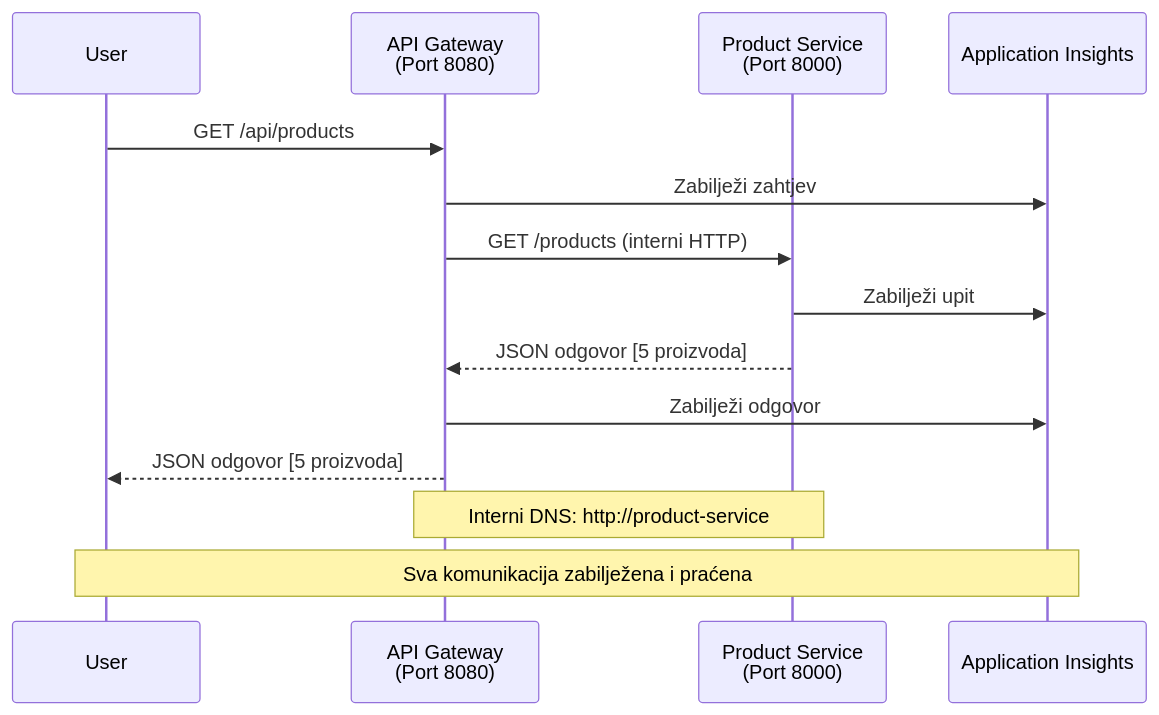
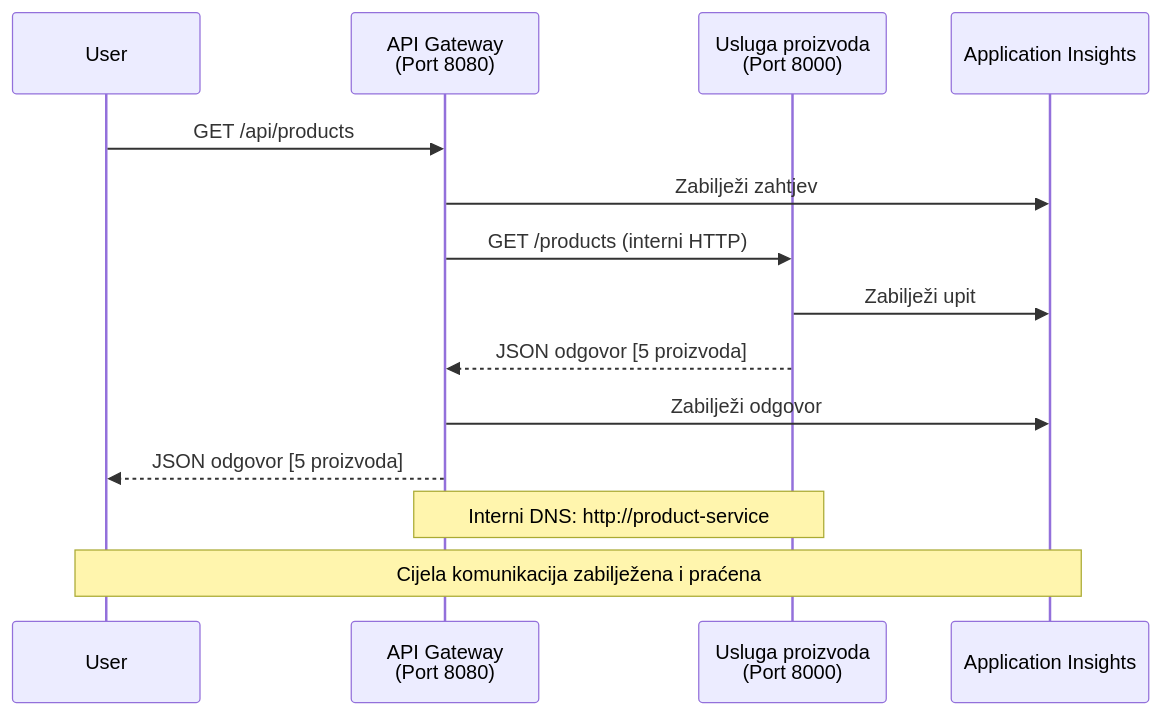
Before and after one commit to microsoft/AZD-for-beginners: the fourth of 4 diagrams in translations/hr/examples/microservices/README.md, drawn with Mermaid. The commit also changed other lines of this file and 242 other files, not shown here.

````diff
--- a/translations/hr/examples/microservices/README.md
+++ b/translations/hr/examples/microservices/README.md
@@ -432,18 +423,18 @@
 ```mermaid
 sequenceDiagram
     participant User
     participant Gateway as API Gateway<br/>(Port 8080)
-    participant Product as Product Service<br/>(Port 8000)
+    participant Product as Usluga proizvoda<br/>(Port 8000)
     participant AI as Application Insights
     
     User->>Gateway: GET /api/products
     Gateway->>AI: Zabilježi zahtjev
     Gateway->>Product: GET /products (interni HTTP)
     Product->>AI: Zabilježi upit
     Product-->>Gateway: JSON odgovor [5 proizvoda]
     Gateway->>AI: Zabilježi odgovor
     Gateway-->>User: JSON odgovor [5 proizvoda]
     
     Note over Gateway,Product: Interni DNS: http://product-service
-    Note over User,AI: Sva komunikacija zabilježena i praćena
+    Note over User,AI: Cijela komunikacija zabilježena i praćena
 ```
````
